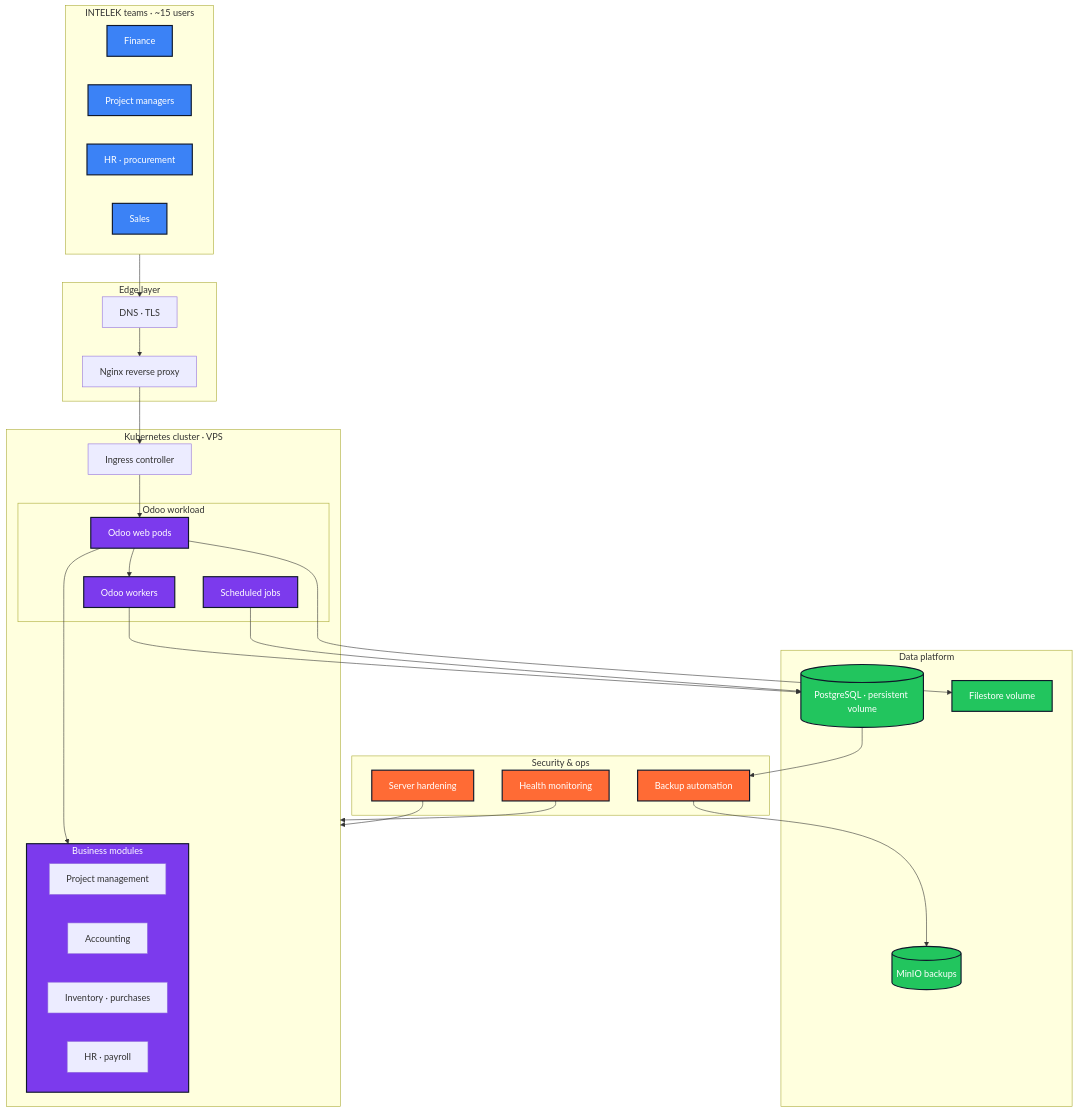
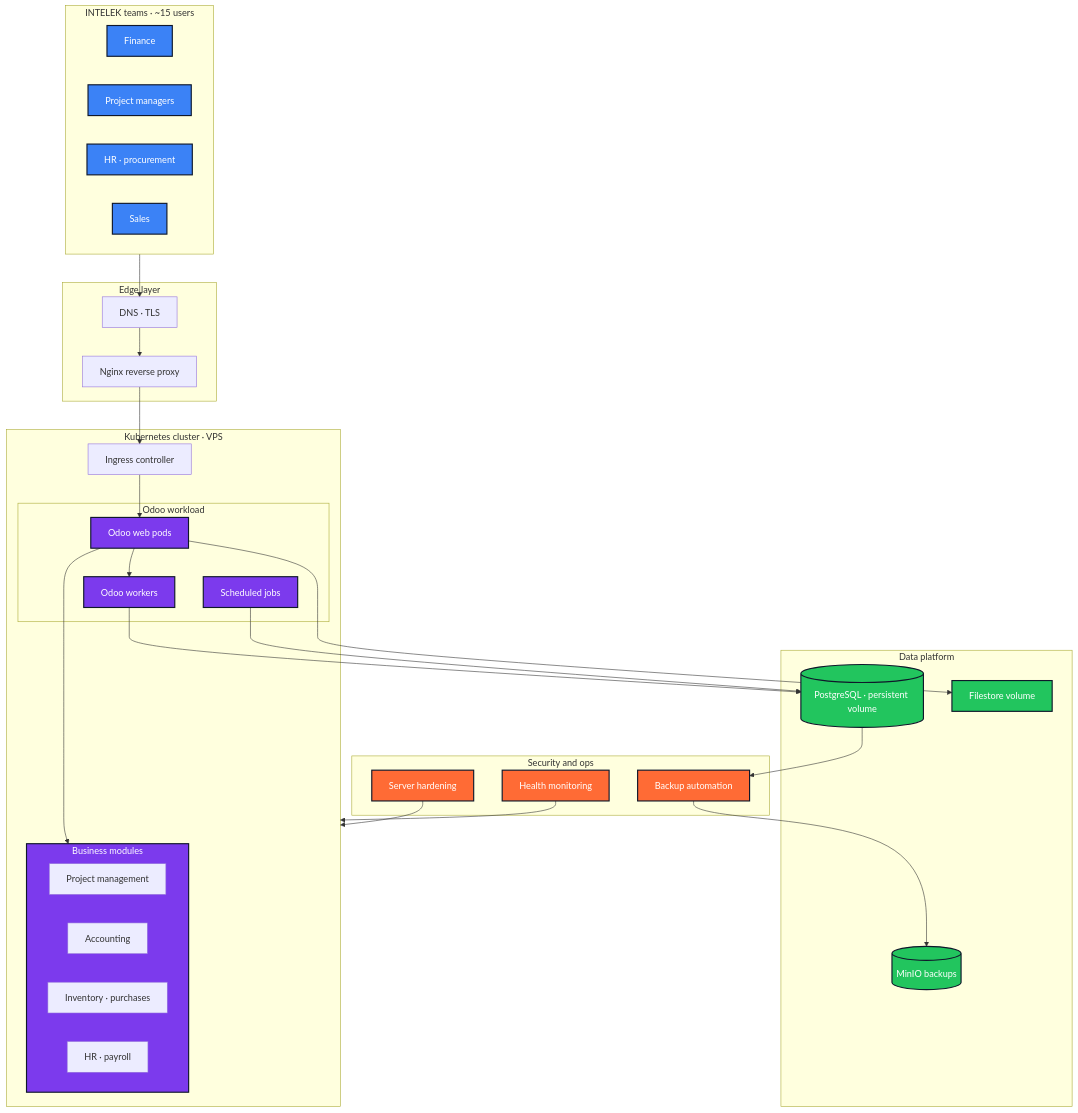
One commit to barthez-kenwou/barthez-kenwou changed diagram 13 of 18 in README.md. Above: the diagram before and after it, drawn with Mermaid. The commit also changed other lines of this file, not shown here.

````diff
--- a/README.md
+++ b/README.md
@@ -1071,61 +1068,61 @@
 ```mermaid
 flowchart TB
     classDef edge fill:#3B82F6,stroke:#0F172A,color:#fff,stroke-width:2px
     classDef k8s fill:#7C3AED,stroke:#0F172A,color:#fff,stroke-width:2px
     classDef data fill:#22C55E,stroke:#0F172A,color:#fff,stroke-width:2px
     classDef ops fill:#FF6B35,stroke:#0F172A,color:#fff,stroke-width:2px
 
     subgraph Users["INTELEK teams · ~15 users"]
         FIN["Finance"]
         PM["Project managers"]
         HR["HR · procurement"]
         SALES["Sales"]
     end
 
     subgraph Edge["Edge layer"]
         DNS["DNS · TLS"]
         NGX["Nginx reverse proxy"]
     end
 
     subgraph K8S["Kubernetes cluster · VPS"]
         ING["Ingress controller"]
         subgraph OdooStack["Odoo workload"]
             WEB["Odoo web pods"]
             WORK["Odoo workers"]
             CRON["Scheduled jobs"]
         end
         subgraph Modules["Business modules"]
             PROJ["Project management"]
             ACCT["Accounting"]
             STOCK["Inventory · purchases"]
             HRMOD["HR · payroll"]
         end
     end
 
     subgraph Data["Data platform"]
         PG[("PostgreSQL · persistent volume")]
         FILE["Filestore volume"]
         MINIO[("MinIO backups")]
     end
 
-    subgraph Sec["Security &amp; ops"]
+    subgraph Sec["Security and ops"]
         HARD["Server hardening"]
         BK["Backup automation"]
         MON["Health monitoring"]
     end
 
     Users --> DNS --> NGX --> ING
     ING --> WEB --> WORK
     WEB --> Modules
     WORK --> PG
     WEB --> FILE
     CRON --> PG
     PG --> BK --> MINIO
     HARD --> K8S
     MON --> K8S
 
     class FIN,PM,HR,SALES edge
     class WEB,WORK,CRON,Modules k8s
     class PG,FILE,MINIO data
     class HARD,BK,MON ops
 ```
````
